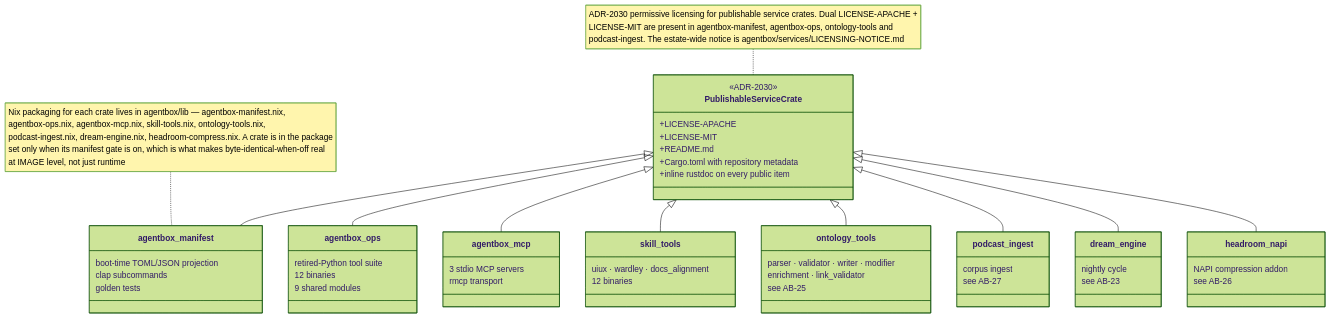
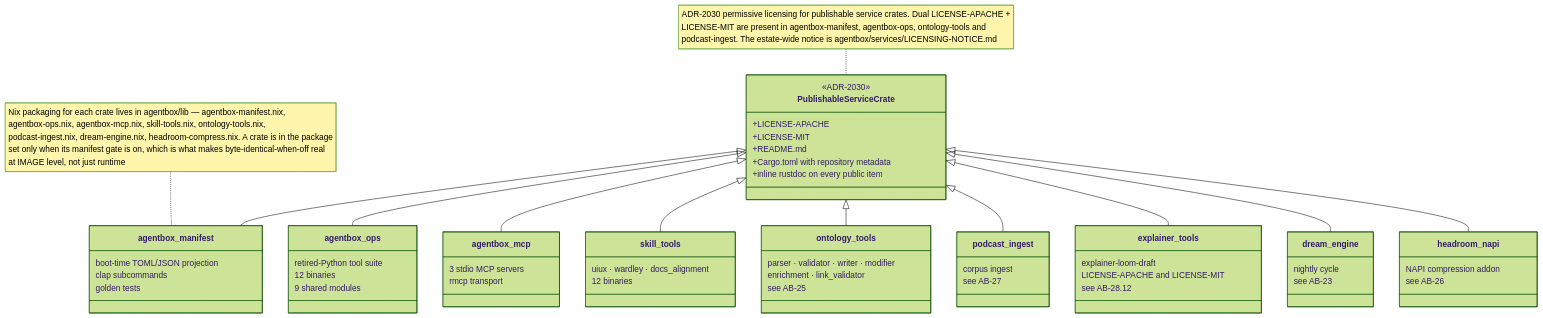
One commit to DreamLab-AI/VisionFlow changed the ninth of 13 diagrams in docs/diagrams/agentbox/28-agentbox-services-and-manifest-binary.md. Above: the diagram before and after it, drawn with Mermaid (forest theme). The commit also changed other lines of this file and 28 other files, not shown here.

````diff
--- a/docs/diagrams/agentbox/28-agentbox-services-and-manifest-binary.md
+++ b/docs/diagrams/agentbox/28-agentbox-services-and-manifest-binary.md
@@ -397,56 +405,62 @@
 ```mermaid
 classDiagram
     class PublishableServiceCrate {
         <<ADR-2030>>
         +LICENSE-APACHE
         +LICENSE-MIT
         +README.md
         +Cargo.toml with repository metadata
         +inline rustdoc on every public item
     }
     class agentbox_manifest {
         boot-time TOML/JSON projection
         clap subcommands
         golden tests
     }
     class agentbox_ops {
         retired-Python tool suite
         12 binaries
         9 shared modules
     }
     class agentbox_mcp {
         3 stdio MCP servers
         rmcp transport
     }
     class skill_tools {
         uiux · wardley · docs_alignment
         12 binaries
     }
     class ontology_tools {
         parser · validator · writer · modifier
         enrichment · link_validator
         see AB-25
     }
     class podcast_ingest {
         corpus ingest
         see AB-27
     }
+    class explainer_tools {
+        explainer-loom-draft
+        LICENSE-APACHE and LICENSE-MIT
+        see AB-28.12
+    }
     class dream_engine {
         nightly cycle
         see AB-23
     }
     class headroom_napi {
         NAPI compression addon
         see AB-26
     }
     PublishableServiceCrate <|-- agentbox_manifest
     PublishableServiceCrate <|-- agentbox_ops
     PublishableServiceCrate <|-- agentbox_mcp
     PublishableServiceCrate <|-- skill_tools
     PublishableServiceCrate <|-- ontology_tools
     PublishableServiceCrate <|-- podcast_ingest
+    PublishableServiceCrate <|-- explainer_tools
     PublishableServiceCrate <|-- dream_engine
     PublishableServiceCrate <|-- headroom_napi
     note for PublishableServiceCrate "ADR-2030 permissive licensing for publishable service crates. Dual LICENSE-APACHE +<br/>LICENSE-MIT are present in agentbox-manifest, agentbox-ops, ontology-tools and<br/>podcast-ingest. The estate-wide notice is agentbox/services/LICENSING-NOTICE.md"
     note for agentbox_manifest "Nix packaging for each crate lives in agentbox/lib — agentbox-manifest.nix,<br/>agentbox-ops.nix, agentbox-mcp.nix, skill-tools.nix, ontology-tools.nix,<br/>podcast-ingest.nix, dream-engine.nix, headroom-compress.nix. A crate is in the package<br/>set only when its manifest gate is on, which is what makes byte-identical-when-off real<br/>at IMAGE level, not just runtime"
 ```
````
